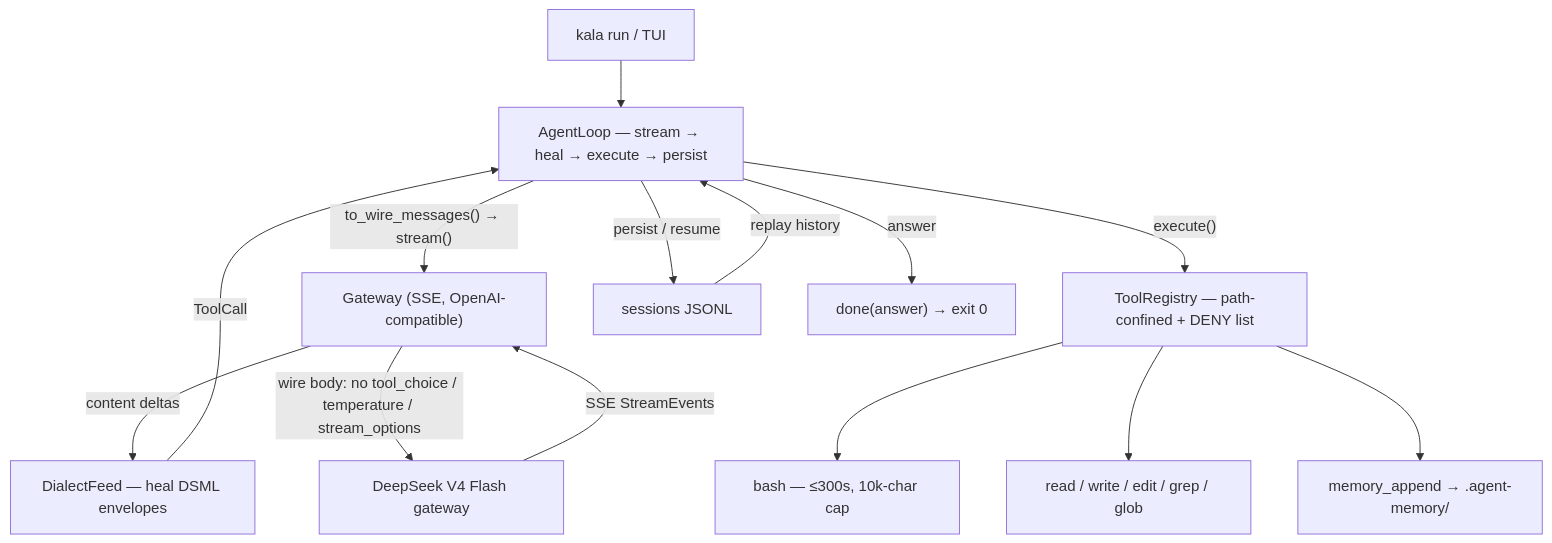
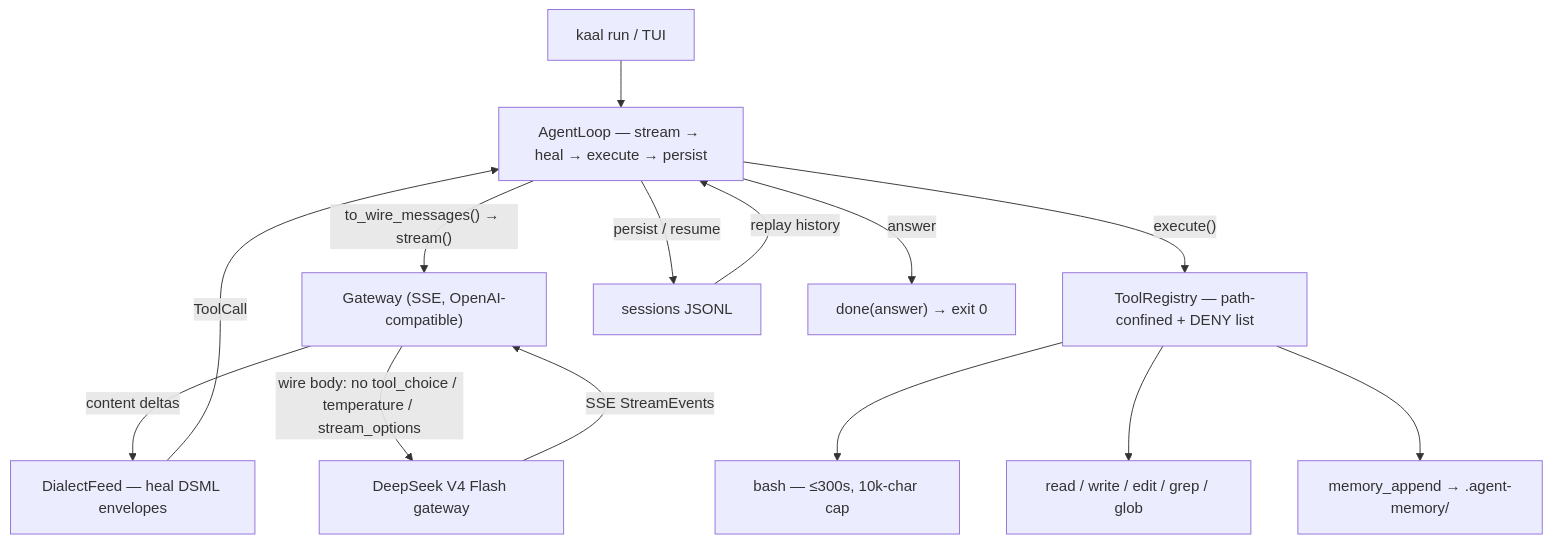
One commit to shivamnarkar47/hdp changed the diagram in README.md. Above: the diagram before and after it, drawn with Mermaid. The commit also changed other lines of this file and 35 other files, not shown here.

Commit message:
rename kala → kaal — binary, paths, env vars, docs, installers

````diff
--- a/README.md
+++ b/README.md
@@ -53,14 +53,14 @@
 ```mermaid
 flowchart TD
-    ENTRY["kala run / TUI"] --> LOOP["AgentLoop — stream → heal → execute → persist"]
+    ENTRY["kaal run / TUI"] --> LOOP["AgentLoop — stream → heal → execute → persist"]
     LOOP -->|"to_wire_messages() → stream()"| GW["Gateway (SSE, OpenAI-compatible)"]
     GW -->|"content deltas"| DIALECT["DialectFeed — heal DSML envelopes"]
     DIALECT -->|"ToolCall"| LOOP
     LOOP -->|"execute()"| TOOLS["ToolRegistry — path-confined + DENY list"]
     TOOLS --> BASH["bash — ≤300s, 10k-char cap"] & FS["read / write / edit / grep / glob"] & MAP["memory_append → .agent-memory/"]
     LOOP -->|"persist / resume"| SESS["sessions JSONL"]
     SESS -->|"replay history"| LOOP
     GW -->|"wire body: no tool_choice / temperature / stream_options"| API["DeepSeek V4 Flash gateway"]
     API -->|"SSE StreamEvents"| GW
     LOOP -->|"answer"| OUT["done(answer) → exit 0"]
 ```
````
